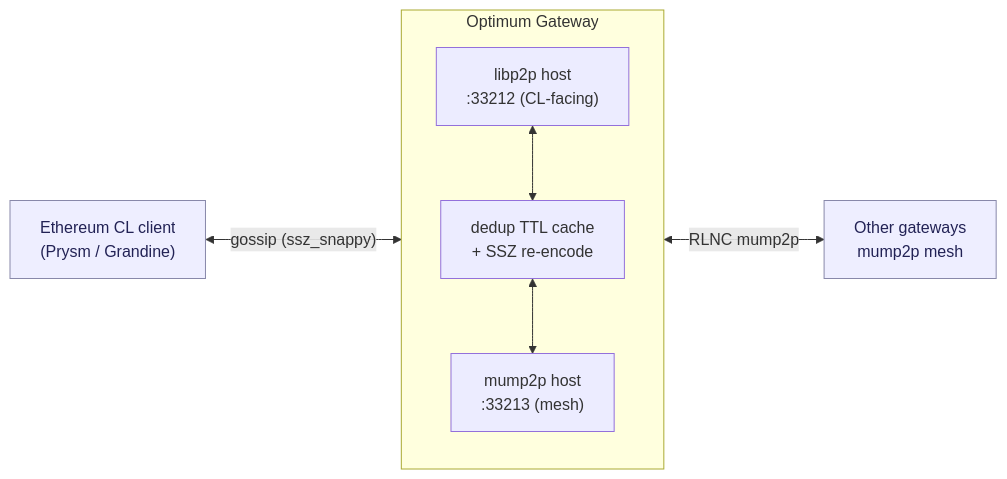
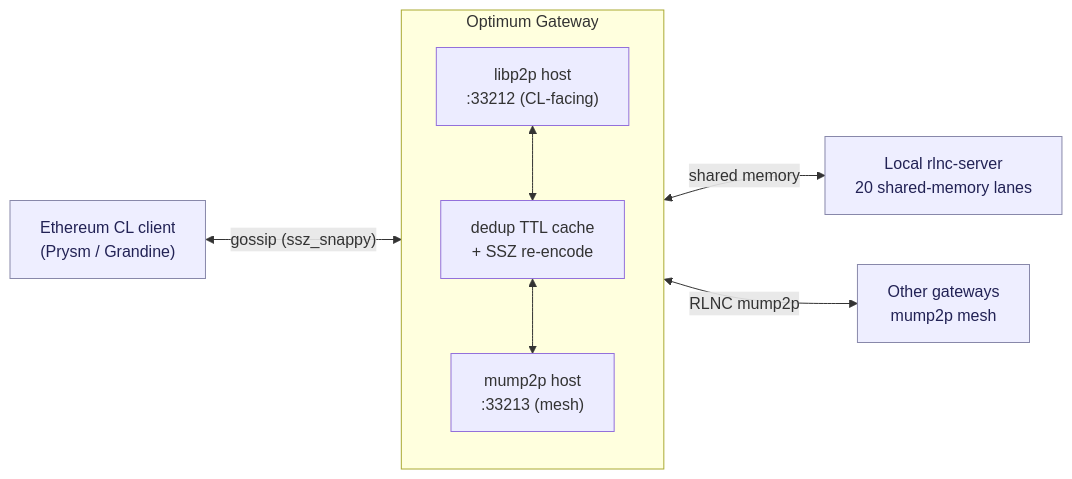
The diagram in README.md (getoptimum/optimum-gateway), drawn with Mermaid before and after one commit. The commit also changed other lines of this file and 3 other files, not shown here.

````diff
--- a/README.md
+++ b/README.md
@@ -42,20 +42,22 @@
 ```mermaid
 flowchart LR
     CL["Ethereum CL client<br/>(Prysm / Grandine)"]
 
     subgraph GW["Optimum Gateway"]
         direction TB
         LP["libp2p host<br/>:33212 (CL-facing)"]
         CORE["dedup TTL cache<br/>+ SSZ re-encode"]
         MP["mump2p host<br/>:33213 (mesh)"]
         LP <--> CORE <--> MP
     end
 
+    RLNC["Local rlnc-server<br/>20 shared-memory lanes"]
     MESH["Other gateways<br/>mump2p mesh"]
 
     CL <-->|"gossip (ssz_snappy)"| LP
+    MP <-->|"shared memory"| RLNC
     MP <-->|"RLNC mump2p"| MESH
 
     classDef ext fill:#eef,stroke:#88a,color:#225;
-    class CL,BS,RLNC,MESH,OBS ext;
+    class CL,RLNC,MESH ext;
 ```
````
